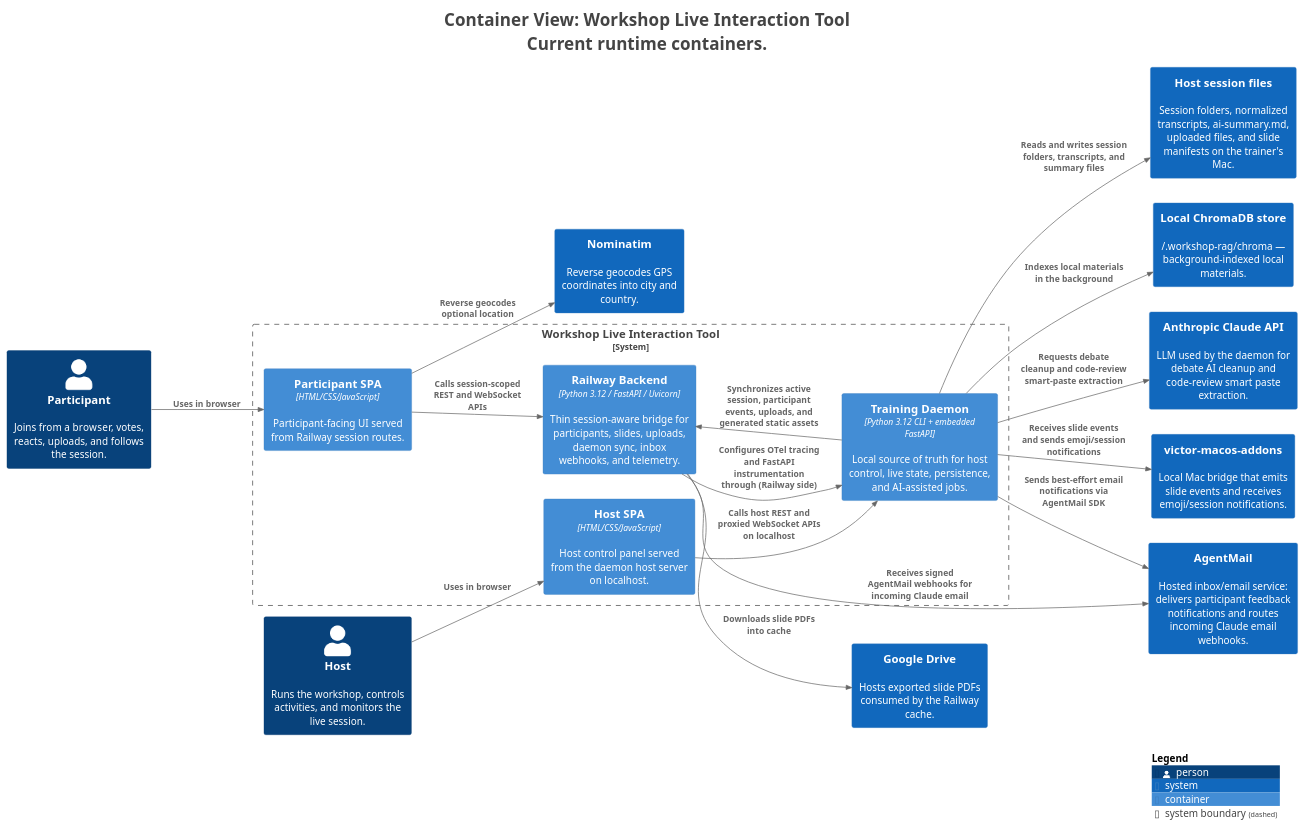
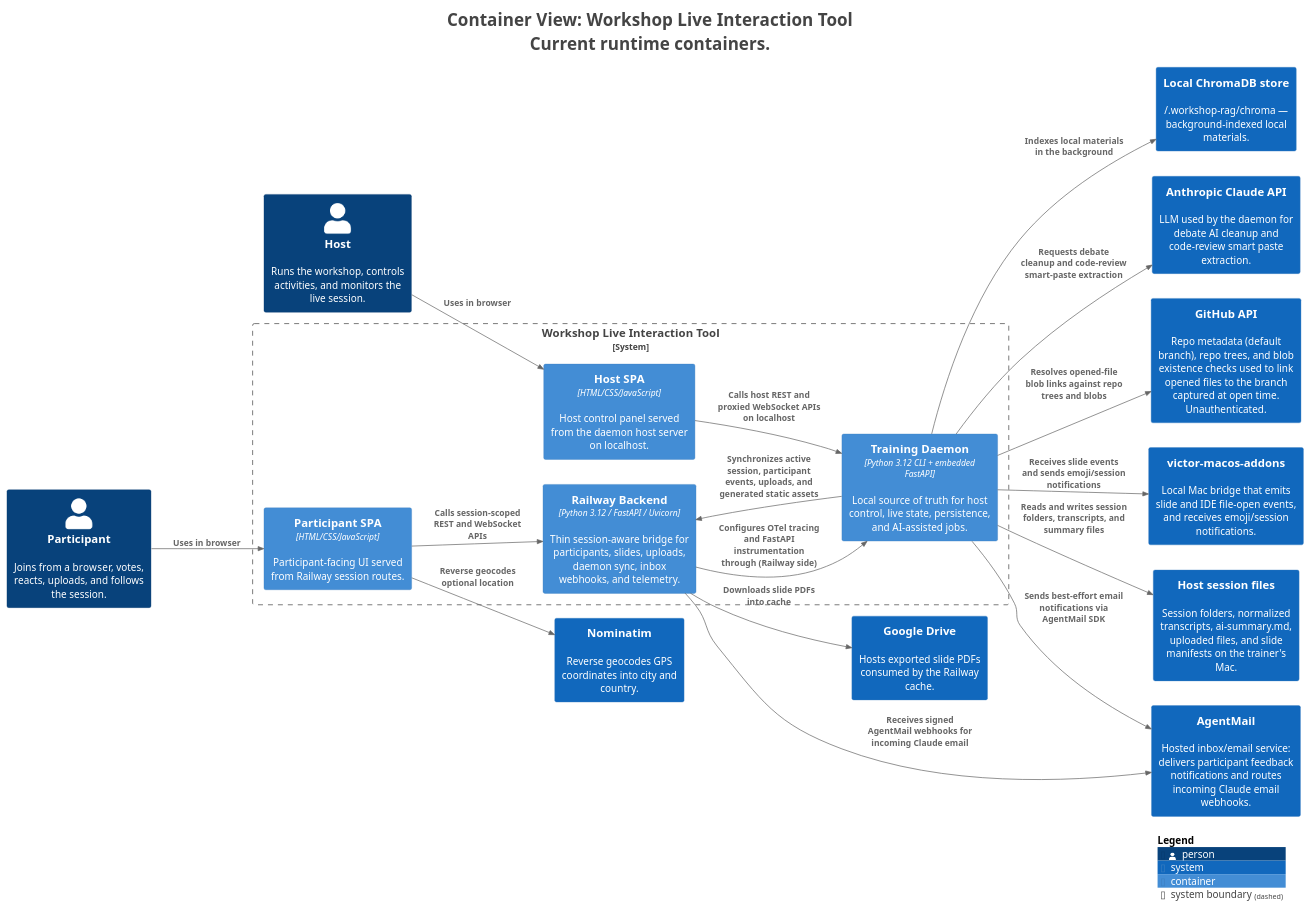
One commit to victorrentea/training-assistant changed the diagram in docs/c4views/C2-Containers.puml. Above: the diagram before and after it, drawn with PlantUML. The commit also changed 23 other files, not shown here.

First line of the commit message:
docs(c4): model opened-files linking and the GitHub API dependency

```diff
--- a/docs/c4views/C2-Containers.puml
+++ b/docs/c4views/C2-Containers.puml
@@ -1,52 +1,54 @@
 @startuml
 title <size:24>Container View: Workshop Live Interaction Tool</size>\n<size:24>Current runtime containers.</size>
 
 set separator none
 left to right direction
 
 <style>
   root {
     BackgroundColor: #ffffff
     FontColor: #444444
   }
 </style>
 
 !include <C4/C4>
 !include <C4/C4_Context>
 !include <C4/C4_Container>
 
 Person(Host, "Host", $descr="Runs the workshop, controls activities, and monitors the live session.", $tags="", $link="")
 Person(Participant, "Participant", $descr="Joins from a browser, votes, reacts, uploads, and follows the session.", $tags="", $link="")
 System(AnthropicClaudeAPI, "Anthropic Claude API", $descr="LLM used by the daemon for debate AI cleanup and code-review smart paste extraction.", $tags="", $link="")
-System(victormacosaddons, "victor-macos-addons", $descr="Local Mac bridge that emits slide events and receives emoji/session notifications.", $tags="", $link="")
+System(GitHubAPI, "GitHub API", $descr="Repo metadata (default branch), repo trees, and blob existence checks used to link opened files to the branch captured at open time. Unauthenticated.", $tags="", $link="")
+System(victormacosaddons, "victor-macos-addons", $descr="Local Mac bridge that emits slide and IDE file-open events, and receives emoji/session notifications.", $tags="", $link="")
 System(Nominatim, "Nominatim", $descr="Reverse geocodes GPS coordinates into city and country.", $tags="", $link="")
 System(GoogleDrive, "Google Drive", $descr="Hosts exported slide PDFs consumed by the Railway cache.", $tags="", $link="")
 System(AgentMail, "AgentMail", $descr="Hosted inbox/email service: delivers participant feedback notifications and routes incoming Claude email webhooks.", $tags="", $link="")
 System(Hostsessionfiles, "Host session files", $descr="Session folders, normalized transcripts, ai-summary.md, uploaded files, and slide manifests on the trainer's Mac.", $tags="", $link="")
 System(LocalChromaDBstore, "Local ChromaDB store", $descr="~/.workshop-rag/chroma — background-indexed local materials.", $tags="", $link="")
 
 System_Boundary("WorkshopLiveInteractionTool_boundary", "Workshop Live Interaction Tool", $tags="") {
   Container(WorkshopLiveInteractionTool.ParticipantSPA, "Participant SPA", $techn="HTML/CSS/JavaScript", $descr="Participant-facing UI served from Railway session routes.", $tags="", $link="")
   Container(WorkshopLiveInteractionTool.HostSPA, "Host SPA", $techn="HTML/CSS/JavaScript", $descr="Host control panel served from the daemon host server on localhost.", $tags="", $link="")
   Container(WorkshopLiveInteractionTool.RailwayBackend, "Railway Backend", $techn="Python 3.12 / FastAPI / Uvicorn", $descr="Thin session-aware bridge for participants, slides, uploads, daemon sync, inbox webhooks, and telemetry.", $tags="", $link="")
   Container(WorkshopLiveInteractionTool.TrainingDaemon, "Training Daemon", $techn="Python 3.12 CLI + embedded FastAPI", $descr="Local source of truth for host control, live state, persistence, and AI-assisted jobs.", $tags="", $link="")
 }
 
 Rel(Participant, WorkshopLiveInteractionTool.ParticipantSPA, "Uses in browser", $techn="", $tags="", $link="")
 Rel(Host, WorkshopLiveInteractionTool.HostSPA, "Uses in browser", $techn="", $tags="", $link="")
 Rel(WorkshopLiveInteractionTool.ParticipantSPA, WorkshopLiveInteractionTool.RailwayBackend, "Calls session-scoped REST and WebSocket APIs", $techn="", $tags="", $link="")
 Rel(WorkshopLiveInteractionTool.ParticipantSPA, Nominatim, "Reverse geocodes optional location", $techn="", $tags="", $link="")
 Rel(WorkshopLiveInteractionTool.HostSPA, WorkshopLiveInteractionTool.TrainingDaemon, "Calls host REST and proxied WebSocket APIs on localhost", $techn="", $tags="", $link="")
 Rel(WorkshopLiveInteractionTool.TrainingDaemon, WorkshopLiveInteractionTool.RailwayBackend, "Synchronizes active session, participant events, uploads, and generated static assets", $techn="", $tags="", $link="")
 Rel(WorkshopLiveInteractionTool.TrainingDaemon, AnthropicClaudeAPI, "Requests debate cleanup and code-review smart-paste extraction", $techn="", $tags="", $link="")
+Rel(WorkshopLiveInteractionTool.TrainingDaemon, GitHubAPI, "Resolves opened-file blob links against repo trees and blobs", $techn="", $tags="", $link="")
 Rel(WorkshopLiveInteractionTool.TrainingDaemon, victormacosaddons, "Receives slide events and sends emoji/session notifications", $techn="", $tags="", $link="")
 Rel(WorkshopLiveInteractionTool.TrainingDaemon, AgentMail, "Sends best-effort email notifications via AgentMail SDK", $techn="", $tags="", $link="")
 Rel(WorkshopLiveInteractionTool.TrainingDaemon, Hostsessionfiles, "Reads and writes session folders, transcripts, and summary files", $techn="", $tags="", $link="")
 Rel(WorkshopLiveInteractionTool.TrainingDaemon, LocalChromaDBstore, "Indexes local materials in the background", $techn="", $tags="", $link="")
 Rel(WorkshopLiveInteractionTool.RailwayBackend, GoogleDrive, "Downloads slide PDFs into cache", $techn="", $tags="", $link="")
 Rel(WorkshopLiveInteractionTool.RailwayBackend, AgentMail, "Receives signed AgentMail webhooks for incoming Claude email", $techn="", $tags="", $link="")
 Rel(WorkshopLiveInteractionTool.RailwayBackend, WorkshopLiveInteractionTool.TrainingDaemon, "Configures OTel tracing and FastAPI instrumentation through (Railway side)", $techn="", $tags="", $link="")
 
 SHOW_LEGEND(true)
 hide stereotypes
 @enduml
```
